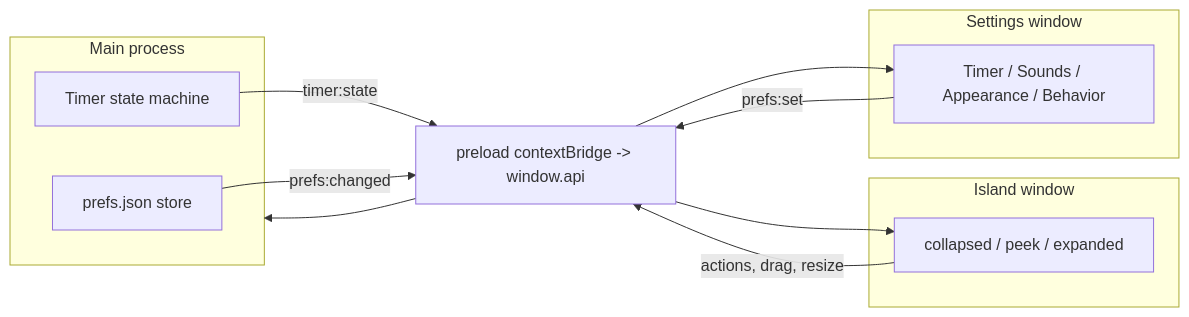
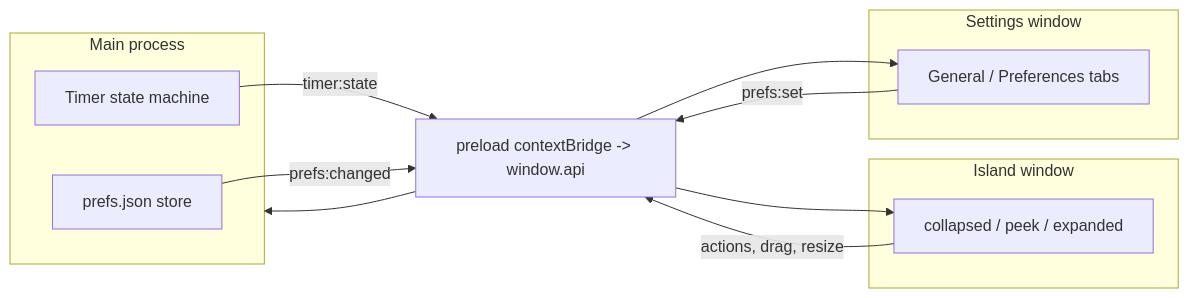
One commit to retrospct/pomoisland changed the diagram in README.md. Above: the diagram before and after it, drawn with Mermaid. The commit also changed other lines of this file and 16 other files, not shown here.

````diff
--- a/README.md
+++ b/README.md
@@ -42,21 +42,21 @@
 ```mermaid
 flowchart LR
   subgraph main [Main process]
     timerSM[Timer state machine]
     store[prefs.json store]
   end
   preload[preload contextBridge -> window.api]
   subgraph islandWin [Island window]
     islandUI[collapsed / peek / expanded]
   end
   subgraph settingsWin [Settings window]
-    settingsUI[Timer / Sounds / Appearance / Behavior]
+    settingsUI[General / Preferences tabs]
   end
   timerSM -->|"timer:state"| preload
   store -->|"prefs:changed"| preload
   preload --> islandUI
   preload --> settingsUI
   islandUI -->|"actions, drag, resize"| preload
   settingsUI -->|"prefs:set"| preload
   preload --> main
 ```
````
